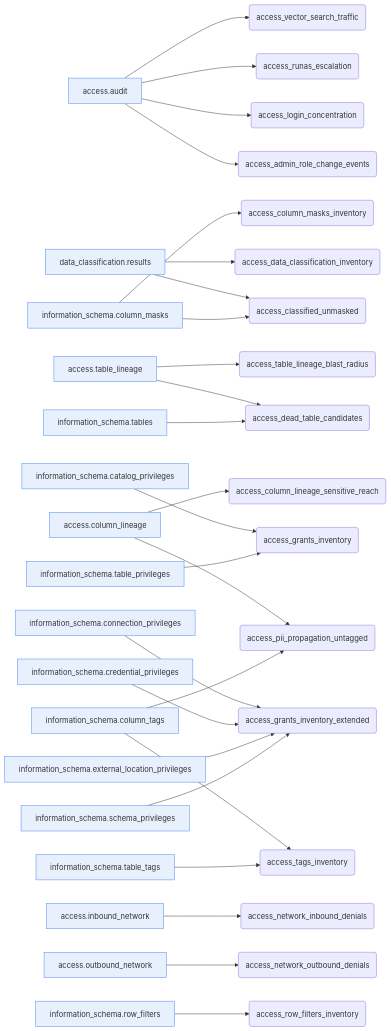
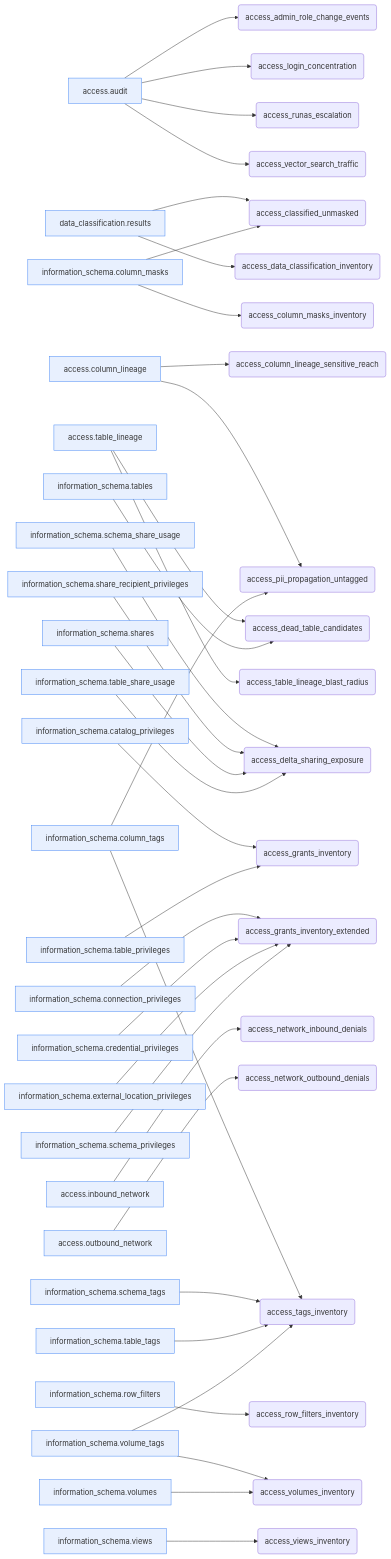
One commit to darshanmeel/crosshire-audit-databricks-admin changed the third of 8 diagrams in lineage/query_lineage.md. Above: the diagram before and after it, drawn with Mermaid. The commit also changed other lines of this file and 9 other files, not shown here.

First line of the commit message:
feat: add governance queries - Delta Sharing exposure, volumes, views; extend tag inventory

````diff
--- a/lineage/query_lineage.md
+++ b/lineage/query_lineage.md
@@ -105,46 +105,63 @@
 ```mermaid
 graph LR
   system_access_audit["access.audit"]:::src
   system_access_audit --> governance_access__access_admin_role_change_events("access_admin_role_change_events")
   system_data_classification_results["data_classification.results"]:::src
   system_data_classification_results --> governance_access__access_classified_unmasked("access_classified_unmasked")
   system_information_schema_column_masks["information_schema.column_masks"]:::src
   system_information_schema_column_masks --> governance_access__access_classified_unmasked("access_classified_unmasked")
   system_access_column_lineage["access.column_lineage"]:::src
   system_access_column_lineage --> governance_access__access_column_lineage_sensitive_reach("access_column_lineage_sensitive_reach")
   system_information_schema_column_masks --> governance_access__access_column_masks_inventory("access_column_masks_inventory")
   system_data_classification_results --> governance_access__access_data_classification_inventory("access_data_classification_inventory")
   system_access_table_lineage["access.table_lineage"]:::src
   system_access_table_lineage --> governance_access__access_dead_table_candidates("access_dead_table_candidates")
   system_information_schema_tables["information_schema.tables"]:::src
   system_information_schema_tables --> governance_access__access_dead_table_candidates("access_dead_table_candidates")
+  system_information_schema_schema_share_usage["information_schema.schema_share_usage"]:::src
+  system_information_schema_schema_share_usage --> governance_access__access_delta_sharing_exposure("access_delta_sharing_exposure")
+  system_information_schema_share_recipient_privileges["information_schema.share_recipient_privileges"]:::src
+  system_information_schema_share_recipient_privileges --> governance_access__access_delta_sharing_exposure("access_delta_sharing_exposure")
+  system_information_schema_shares["information_schema.shares"]:::src
+  system_information_schema_shares --> governance_access__access_delta_sharing_exposure("access_delta_sharing_exposure")
+  system_information_schema_table_share_usage["information_schema.table_share_usage"]:::src
+  system_information_schema_table_share_usage --> governance_access__access_delta_sharing_exposure("access_delta_sharing_exposure")
   system_information_schema_catalog_privileges["information_schema.catalog_privileges"]:::src
   system_information_schema_catalog_privileges --> governance_access__access_grants_inventory("access_grants_inventory")
   system_information_schema_table_privileges["information_schema.table_privileges"]:::src
   system_information_schema_table_privileges --> governance_access__access_grants_inventory("access_grants_inventory")
   system_information_schema_connection_privileges["information_schema.connection_privileges"]:::src
   system_information_schema_connection_privileges --> governance_access__access_grants_inventory_extended("access_grants_inventory_extended")
   system_information_schema_credential_privileges["information_schema.credential_privileges"]:::src
   system_information_schema_credential_privileges --> governance_access__access_grants_inventory_extended("access_grants_inventory_extended")
   system_information_schema_external_location_privileges["information_schema.external_location_privileges"]:::src
   system_information_schema_external_location_privileges --> governance_access__access_grants_inventory_extended("access_grants_inventory_extended")
   system_information_schema_schema_privileges["information_schema.schema_privileges"]:::src
   system_information_schema_schema_privileges --> governance_access__access_grants_inventory_extended("access_grants_inventory_extended")
   system_access_audit --> governance_access__access_login_concentration("access_login_concentration")
   system_access_inbound_network["access.inbound_network"]:::src
   system_access_inbound_network --> governance_access__access_network_inbound_denials("access_network_inbound_denials")
   system_access_outbound_network["access.outbound_network"]:::src
   system_access_outbound_network --> governance_access__access_network_outbound_denials("access_network_outbound_denials")
   system_access_column_lineage --> governance_access__access_pii_propagation_untagged("access_pii_propagation_untagged")
   system_information_schema_column_tags["information_schema.column_tags"]:::src
   system_information_schema_column_tags --> governance_access__access_pii_propagation_untagged("access_pii_propagation_untagged")
   system_information_schema_row_filters["information_schema.row_filters"]:::src
   system_information_schema_row_filters --> governance_access__access_row_filters_inventory("access_row_filters_inventory")
   system_access_audit --> governance_access__access_runas_escalation("access_runas_escalation")
   system_access_table_lineage --> governance_access__access_table_lineage_blast_radius("access_table_lineage_blast_radius")
   system_information_schema_column_tags --> governance_access__access_tags_inventory("access_tags_inventory")
+  system_information_schema_schema_tags["information_schema.schema_tags"]:::src
+  system_information_schema_schema_tags --> governance_access__access_tags_inventory("access_tags_inventory")
   system_information_schema_table_tags["information_schema.table_tags"]:::src
   system_information_schema_table_tags --> governance_access__access_tags_inventory("access_tags_inventory")
+  system_information_schema_volume_tags["information_schema.volume_tags"]:::src
+  system_information_schema_volume_tags --> governance_access__access_tags_inventory("access_tags_inventory")
   system_access_audit --> governance_access__access_vector_search_traffic("access_vector_search_traffic")
+  system_information_schema_views["information_schema.views"]:::src
+  system_information_schema_views --> governance_access__access_views_inventory("access_views_inventory")
+  system_information_schema_volume_tags --> governance_access__access_volumes_inventory("access_volumes_inventory")
+  system_information_schema_volumes["information_schema.volumes"]:::src
+  system_information_schema_volumes --> governance_access__access_volumes_inventory("access_volumes_inventory")
   classDef src fill:#e8f0fe,stroke:#4285f4;
 ```
````
